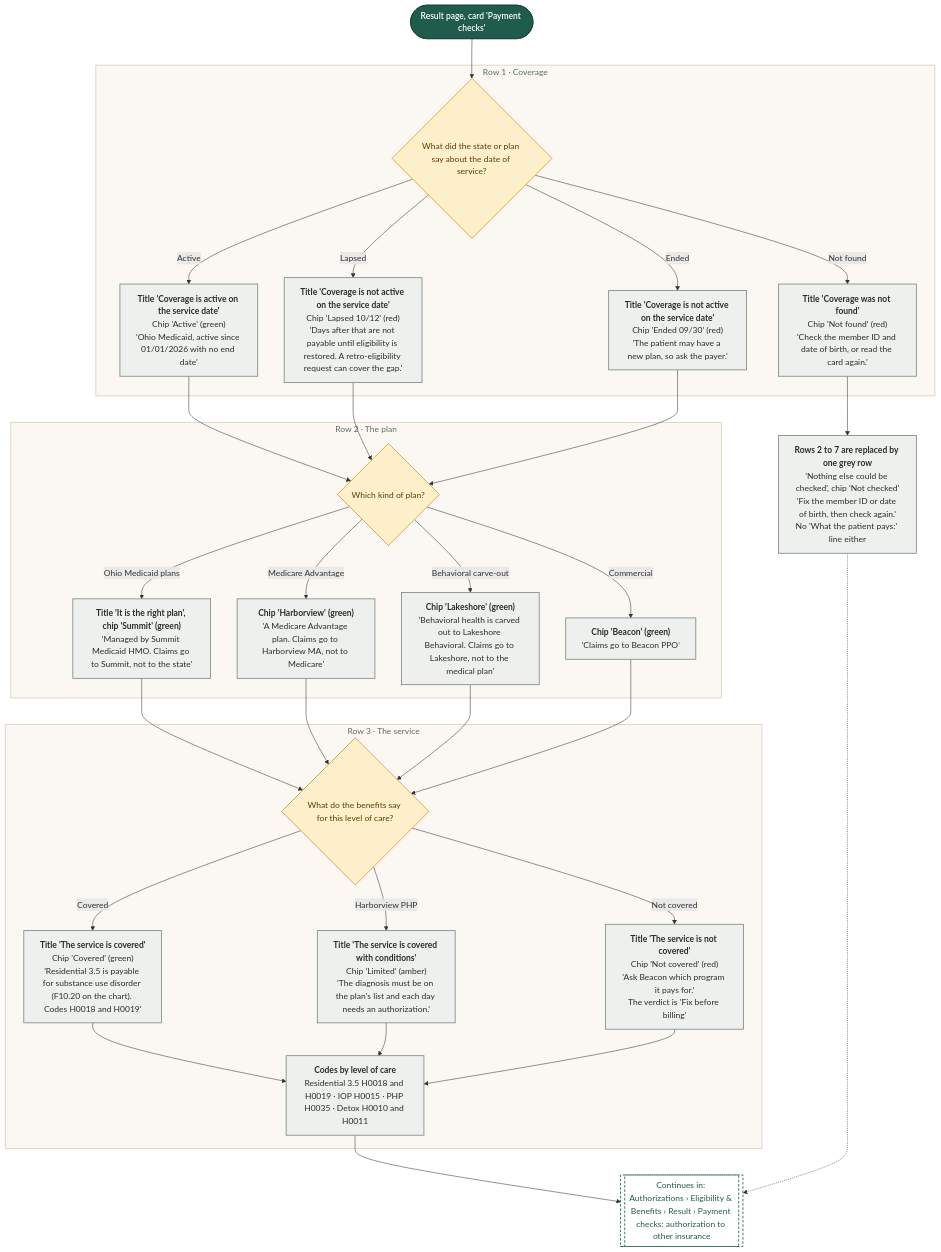
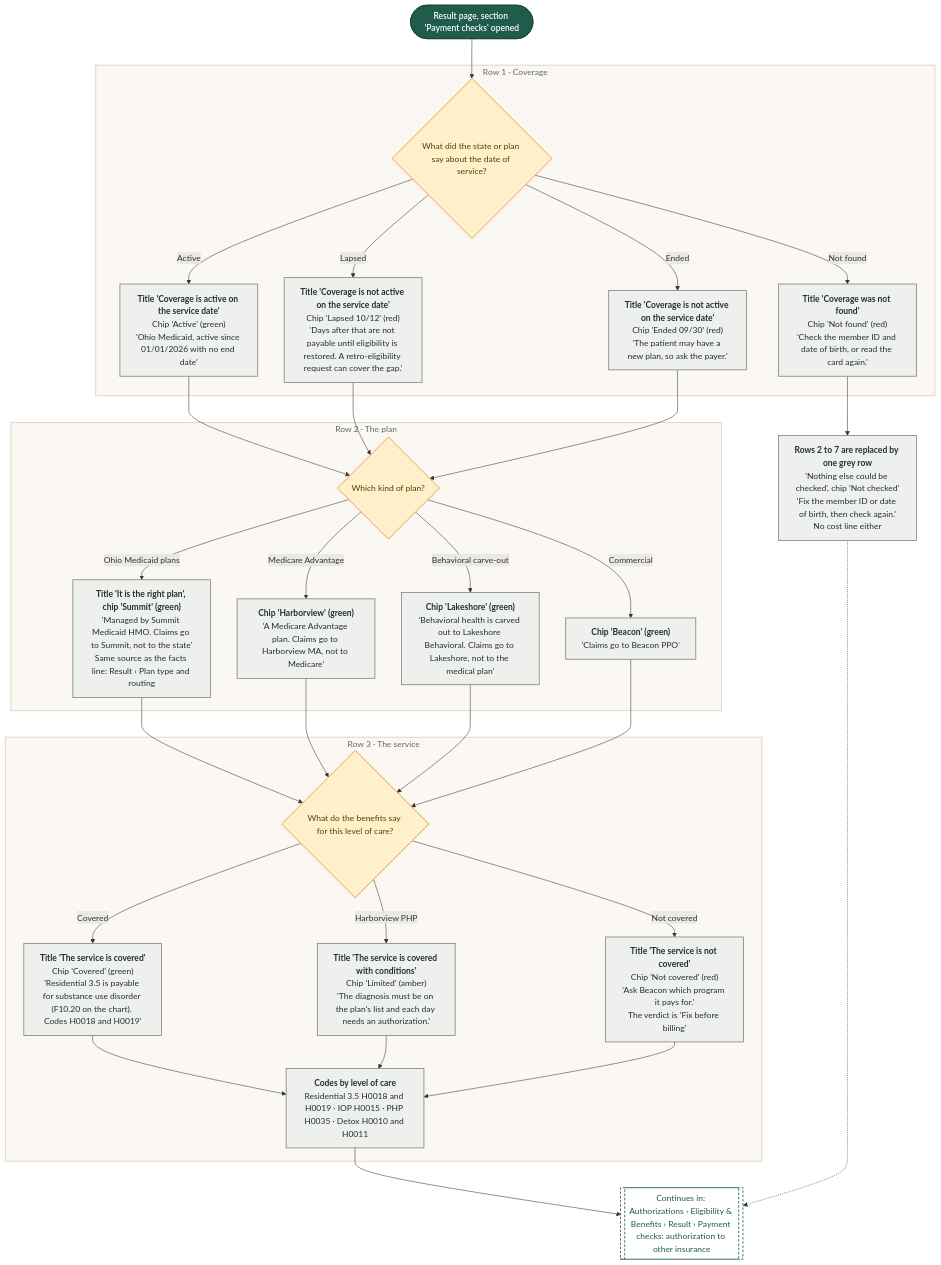
One commit to Shrav143/psyfloapp changed diagram 14 of 22 in demos/prior-auth-demo/workflows/out/md/05-eligibility.md. Above: the diagram before and after it, drawn with Mermaid. The commit also changed other lines of this file and 192 other files, not shown here.

First line of the commit message:
docs: changelog by sidebar tab; README, diagrams and Settings layout aligned with the refinement; shared InfoTip; referral cost-share line

````diff
--- a/demos/prior-auth-demo/workflows/out/md/05-eligibility.md
+++ b/demos/prior-auth-demo/workflows/out/md/05-eligibility.md
@@ -991,65 +1052,65 @@
 ```mermaid
 %%{init: {"theme":"base","themeVariables":{"fontFamily":"'DM Sans', 'Segoe UI', system-ui, sans-serif","fontSize":"15px","lineColor":"#5B6B63","primaryTextColor":"#1C2B25","clusterBkg":"#FBF8F3","clusterBorder":"#D9CDBB","edgeLabelBackground":"#FFFFFF"},"flowchart":{"curve":"basis","nodeSpacing":36,"rankSpacing":48,"padding":12,"htmlLabels":true,"useMaxWidth":false,"wrappingWidth":230}} }%%
 flowchart TD
   classDef k_start fill:#1F5C4B,stroke:#174638,color:#FFFFFF,stroke-width:1.5px,font-weight:600
   classDef k_end fill:#DDEFE3,stroke:#2E7D4F,color:#14502F,stroke-width:1.5px,font-weight:600
   classDef k_endx fill:#FBE3E0,stroke:#C0392B,color:#7A1F16,stroke-width:1.5px,font-weight:600
   classDef k_screen fill:#FFFDF8,stroke:#1F5C4B,color:#1C2B25,stroke-width:2px
   classDef k_overlay fill:#F1F7F3,stroke:#1F5C4B,color:#1C2B25,stroke-width:2px,stroke-dasharray:5 3
   classDef k_click fill:#DCEBFA,stroke:#2F6DB5,color:#12365F,stroke-width:1.5px
   classDef k_input fill:#E4E7FF,stroke:#4C5FD5,color:#1D2670,stroke-width:1.5px
   classDef k_process fill:#EEF0EE,stroke:#7A857F,color:#26302B,stroke-width:1.5px
   classDef k_agent fill:#EEE5FA,stroke:#7A4FC2,color:#341A63,stroke-width:1.5px
   classDef k_decision fill:#FFF0CC,stroke:#D9962B,color:#5C3B00,stroke-width:1.5px
   classDef k_store fill:#D5F0EA,stroke:#1C8E7B,color:#0B4A3F,stroke-width:1.5px
   classDef k_doc fill:#F6E9DC,stroke:#B07A4C,color:#4A2E14,stroke-width:1.5px
   classDef k_ext fill:#FFE6D2,stroke:#E07B39,color:#6B2F06,stroke-width:1.5px
   classDef k_wait fill:#E4E8EE,stroke:#6B7C93,color:#26303D,stroke-width:1.5px
   classDef k_toast fill:#FFF9DB,stroke:#C9A400,color:#5A4A00,stroke-width:1.5px
   classDef k_goto fill:#FFFFFF,stroke:#1F5C4B,color:#1F5C4B,stroke-width:1.5px,stroke-dasharray:5 3
-  s1@{ shape: stadium, label: "Result page, card 'Payment checks'" }
+  s1@{ shape: stadium, label: "Result page, section 'Payment checks' opened" }
   subgraph gA ["Row 1 · Coverage"]
   a0@{ shape: diam, label: "What did the state or plan say about the date of service?" }
   a1@{ shape: rect, label: "<b>Title 'Coverage is active on the service date'</b><br/>Chip 'Active' (green)<br/>'Ohio Medicaid, active since 01/01/2026 with no end date'" }
   a2@{ shape: rect, label: "<b>Title 'Coverage is not active on the service date'</b><br/>Chip 'Lapsed 10/12' (red)<br/>'Days after that are not payable until eligibility is restored. A retro-eligibility request can cover the gap.'" }
   a3@{ shape: rect, label: "<b>Title 'Coverage is not active on the service date'</b><br/>Chip 'Ended 09/30' (red)<br/>'The patient may have a new plan, so ask the payer.'" }
   a4@{ shape: rect, label: "<b>Title 'Coverage was not found'</b><br/>Chip 'Not found' (red)<br/>'Check the member ID and date of birth, or read the card again.'" }
   end
-  g0@{ shape: rect, label: "<b>Rows 2 to 7 are replaced by one grey row</b><br/>'Nothing else could be checked', chip 'Not checked'<br/>'Fix the member ID or date of birth, then check again.'<br/>No 'What the patient pays:' line either" }
+  g0@{ shape: rect, label: "<b>Rows 2 to 7 are replaced by one grey row</b><br/>'Nothing else could be checked', chip 'Not checked'<br/>'Fix the member ID or date of birth, then check again.'<br/>No cost line either" }
   subgraph gB ["Row 2 · The plan"]
   b0@{ shape: diam, label: "Which kind of plan?" }
-  b1@{ shape: rect, label: "<b>Title 'It is the right plan', chip 'Summit' (green)</b><br/>'Managed by Summit Medicaid HMO. Claims go to Summit, not to the state'" }
+  b1@{ shape: rect, label: "<b>Title 'It is the right plan', chip 'Summit' (green)</b><br/>'Managed by Summit Medicaid HMO. Claims go to Summit, not to the state'<br/>Same source as the facts line: Result › Plan type and routing" }
   b2@{ shape: rect, label: "<b>Chip 'Harborview' (green)</b><br/>'A Medicare Advantage plan. Claims go to Harborview MA, not to Medicare'" }
   b3@{ shape: rect, label: "<b>Chip 'Lakeshore' (green)</b><br/>'Behavioral health is carved out to Lakeshore Behavioral. Claims go to Lakeshore, not to the medical plan'" }
   b4@{ shape: rect, label: "<b>Chip 'Beacon' (green)</b><br/>'Claims go to Beacon PPO'" }
   end
   subgraph gC ["Row 3 · The service"]
   c0@{ shape: diam, label: "What do the benefits say for this level of care?" }
   c1@{ shape: rect, label: "<b>Title 'The service is covered'</b><br/>Chip 'Covered' (green)<br/>'Residential 3.5 is payable for substance use disorder (F10.20 on the chart). Codes H0018 and H0019'" }
   c2@{ shape: rect, label: "<b>Title 'The service is covered with conditions'</b><br/>Chip 'Limited' (amber)<br/>'The diagnosis must be on the plan's list and each day needs an authorization.'" }
   c3@{ shape: rect, label: "<b>Title 'The service is not covered'</b><br/>Chip 'Not covered' (red)<br/>'Ask Beacon which program it pays for.'<br/>The verdict is 'Fix before billing'" }
   c4@{ shape: rect, label: "<b>Codes by level of care</b><br/>Residential 3.5 H0018 and H0019 · IOP H0015 · PHP H0035 · Detox H0010 and H0011" }
   end
   g1@{ shape: subproc, label: "Continues in: Authorizations › Eligibility & Benefits › Result › Payment checks: authorization to other insurance" }
   s1 --> a0
   a0 -->|"Active"| a1 --> b0
   a0 -->|"Lapsed"| a2 --> b0
   a0 -->|"Ended"| a3 --> b0
   a0 -->|"Not found"| a4 --> g0
   b0 -->|"Ohio Medicaid plans"| b1 --> c0
   b0 -->|"Medicare Advantage"| b2 --> c0
   b0 -->|"Behavioral carve-out"| b3 --> c0
   b0 -->|"Commercial"| b4 --> c0
   c0 -->|"Covered"| c1 --> c4
   c0 -->|"Harborview PHP"| c2 --> c4
   c0 -->|"Not covered"| c3 --> c4
   c4 --> g1
   g0 -.-> g1
   class s1 k_start
   class a0,b0,c0 k_decision
   class a1,a2,a3,a4,g0,b1,b2,b3,b4,c1,c2,c3,c4 k_process
   class g1 k_goto
   style gA fill:#FBF8F3,stroke:#D9CDBB,stroke-width:1.5px,color:#5B6B63
   style gB fill:#FBF8F3,stroke:#D9CDBB,stroke-width:1.5px,color:#5B6B63
   style gC fill:#FBF8F3,stroke:#D9CDBB,stroke-width:1.5px,color:#5B6B63
 ```
````
